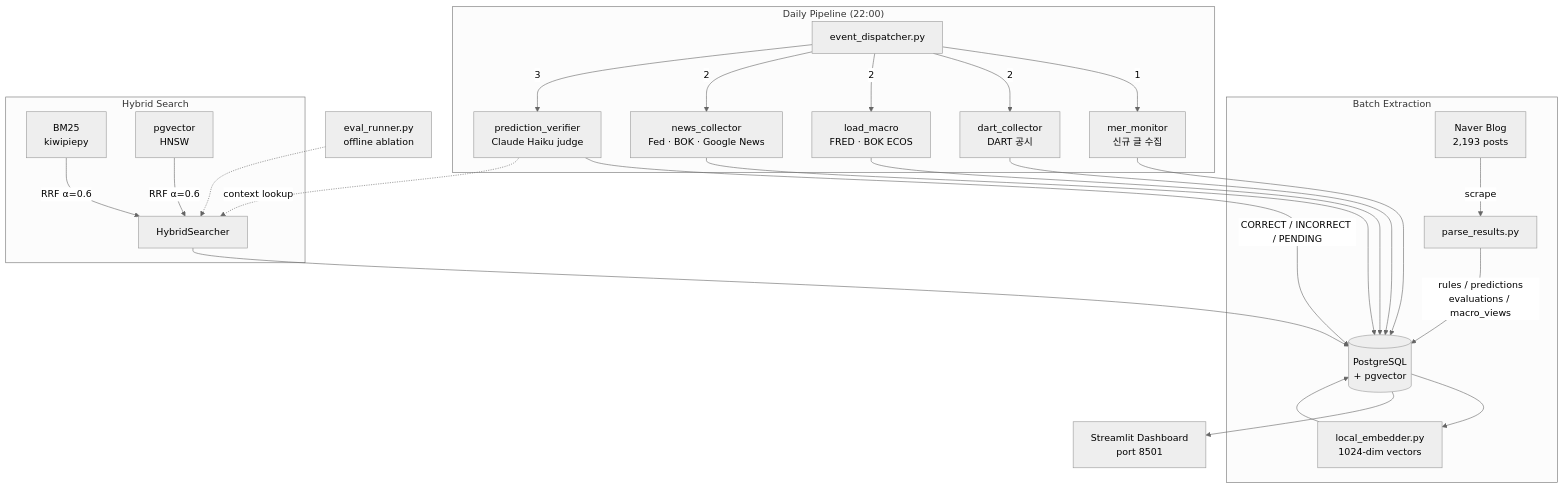
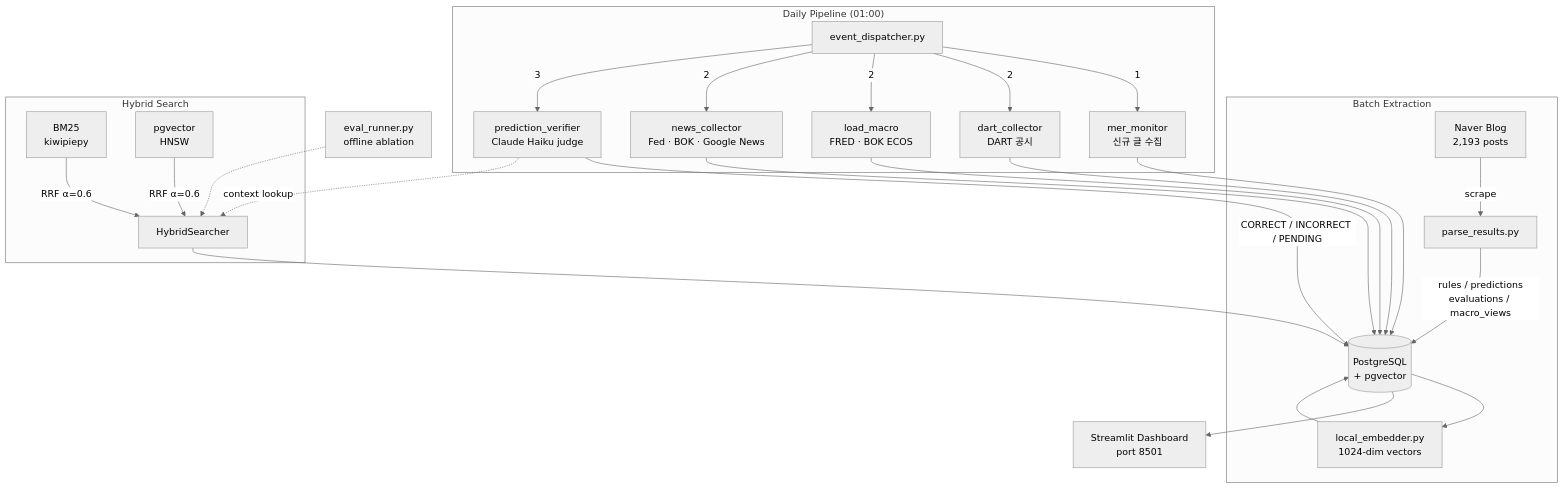
The diagram in README.md (11e3/mer-insight-pipeline), drawn with Mermaid (neutral theme) before and after one commit. The commit also changed other lines of this file and 3 other files, not shown here.

Commit message:
chore: change daily pipeline schedule to 01:00 KST

````diff
--- a/README.md
+++ b/README.md
@@ -17,31 +17,31 @@
 ```mermaid
 flowchart TD
     subgraph Batch Extraction
         A[Naver Blog<br>2,193 posts] -->|scrape| B[parse_results.py]
         B -->|rules / predictions<br>evaluations / macro_views| C[(PostgreSQL<br>+ pgvector)]
         C --> EMB[local_embedder.py<br>1024-dim vectors]
         EMB --> C
     end
 
-    subgraph "Daily Pipeline (22:00)"
+    subgraph "Daily Pipeline (01:00)"
         ED[event_dispatcher.py] -->|1| MER[mer_monitor<br>신규 글 수집]
         ED -->|2| DC[dart_collector<br>DART 공시]
         ED -->|2| LM[load_macro<br>FRED · BOK ECOS]
         ED -->|2| NC[news_collector<br>Fed · BOK · Google News]
         ED -->|3| PV[prediction_verifier<br>Claude Haiku judge]
         MER --> C
         DC & LM & NC --> C
         PV -->|CORRECT / INCORRECT / PENDING| C
     end
 
     subgraph Hybrid Search
         HS1[BM25<br>kiwipiepy] & HS2[pgvector<br>HNSW] -->|RRF α=0.6| HS3[HybridSearcher]
     end
 
     PV -.->|context lookup| HS3
     HS3 --> C
 
     C --> Q[Streamlit Dashboard<br>port 8501]
 
     EV[eval_runner.py<br>offline ablation] -.-> HS3
 ```
````
